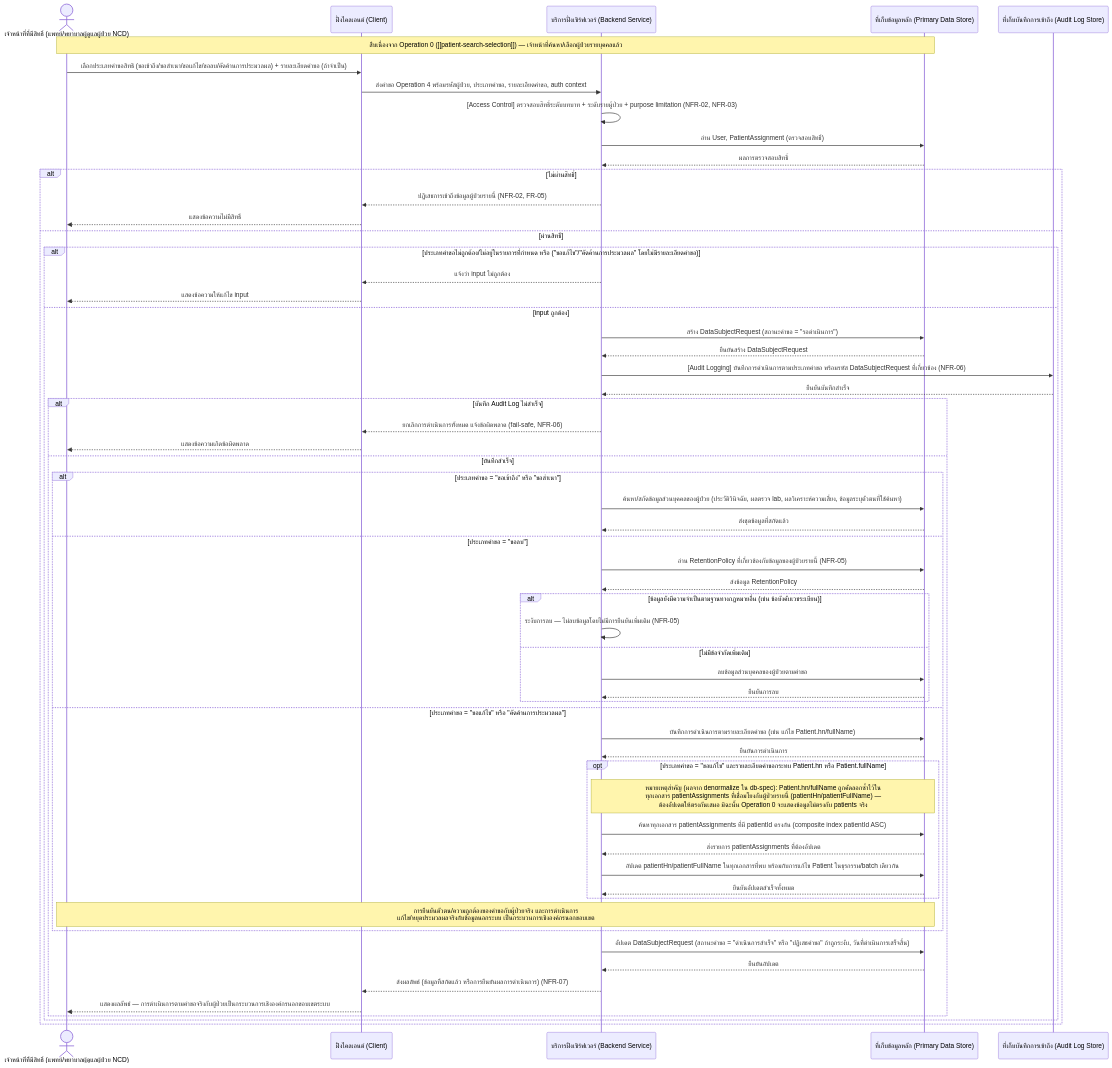
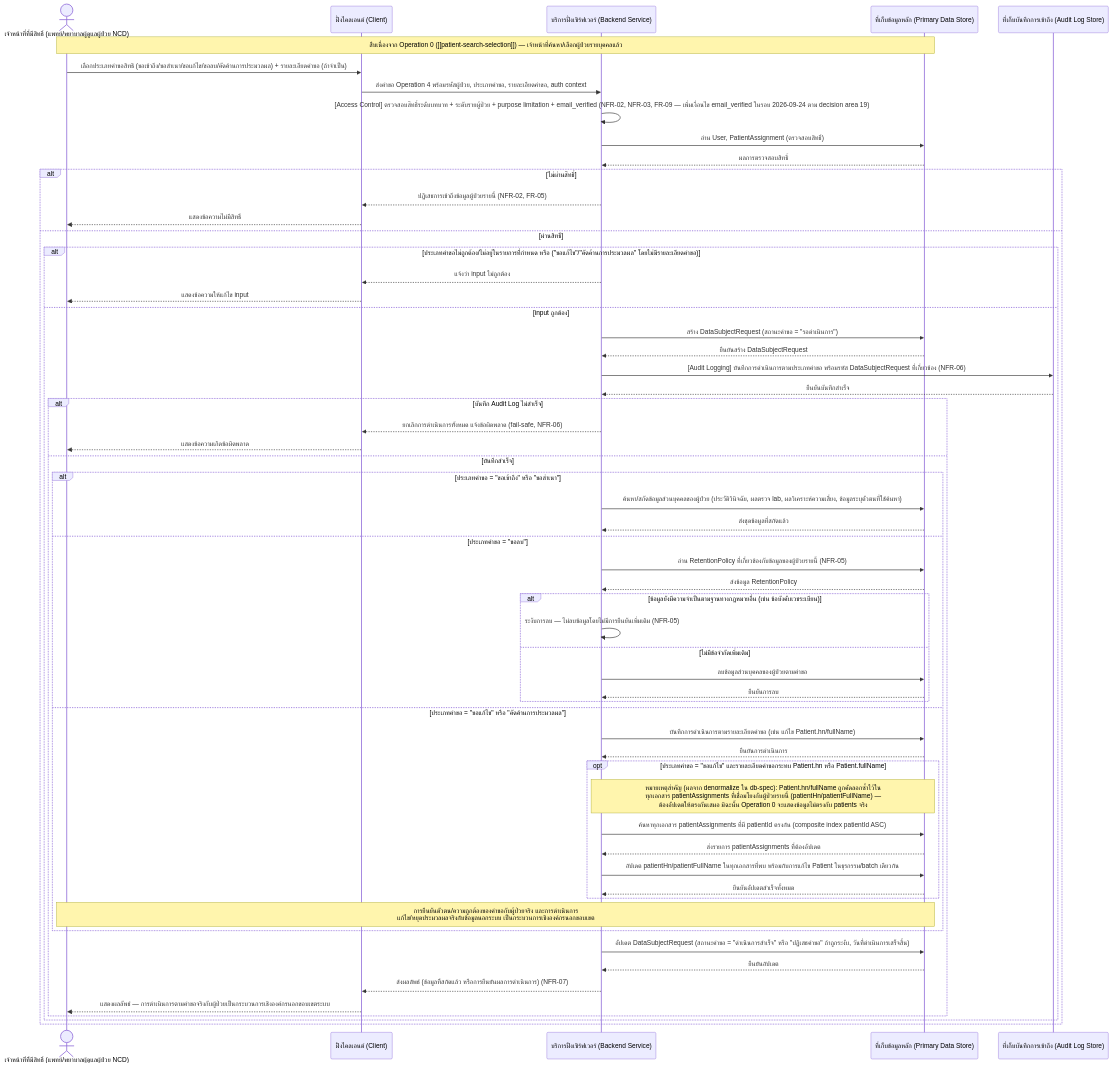
One commit to fadtypat/track-ncds changed the first of 4 diagrams in docs/02-design/02-technical/detailed-design/pdpa-data-protection-compliance.md. Above: the diagram before and after it, drawn with Mermaid. The commit also changed other lines of this file and 41 other files, not shown here.

````diff
--- a/docs/02-design/02-technical/detailed-design/pdpa-data-protection-compliance.md
+++ b/docs/02-design/02-technical/detailed-design/pdpa-data-protection-compliance.md
@@ -48,63 +54,63 @@
 ```mermaid
 sequenceDiagram
     actor Staff as เจ้าหน้าที่ที่มีสิทธิ์ (แพทย์/พยาบาลผู้ดูแลผู้ป่วย NCD)
     participant Client as ฝั่งไคลเอนต์ (Client)
     participant Backend as บริการฝั่งเซิร์ฟเวอร์ (Backend Service)
     participant Store as ที่เก็บข้อมูลหลัก (Primary Data Store)
     participant AuditStore as ที่เก็บบันทึกการเข้าถึง (Audit Log Store)
 
     Note over Staff,Store: สืบเนื่องจาก Operation 0 ([[patient-search-selection]]) — เจ้าหน้าที่ค้นหา/เลือกผู้ป่วยรายบุคคลแล้ว
 
     Staff->>Client: เลือกประเภทคำขอสิทธิ (ขอเข้าถึง/ขอสำเนา/ขอแก้ไข/ขอลบ/คัดค้านการประมวลผล) + รายละเอียดคำขอ (ถ้าจำเป็น)
     Client->>Backend: ส่งคำขอ Operation 4 พร้อมรหัสผู้ป่วย, ประเภทคำขอ, รายละเอียดคำขอ, auth context
-    Backend->>Backend: [Access Control] ตรวจสอบสิทธิ์ระดับบทบาท + ระดับรายผู้ป่วย + purpose limitation (NFR-02, NFR-03)
+    Backend->>Backend: [Access Control] ตรวจสอบสิทธิ์ระดับบทบาท + ระดับรายผู้ป่วย + purpose limitation + email_verified (NFR-02, NFR-03, FR-09 — เพิ่มเงื่อนไข email_verified ในรอบ 2026-09-24 ตาม decision area 19)
     Backend->>Store: อ่าน User, PatientAssignment (ตรวจสอบสิทธิ์)
     Store-->>Backend: ผลการตรวจสอบสิทธิ์
     alt ไม่ผ่านสิทธิ์
         Backend-->>Client: ปฏิเสธการเข้าถึงข้อมูลผู้ป่วยรายนี้ (NFR-02, FR-05)
         Client-->>Staff: แสดงข้อความไม่มีสิทธิ์
     else ผ่านสิทธิ์
         alt ประเภทคำขอไม่ถูกต้อง/ไม่อยู่ในรายการที่กำหนด หรือ ("ขอแก้ไข"/"คัดค้านการประมวลผล" โดยไม่มีรายละเอียดคำขอ)
             Backend-->>Client: แจ้งว่า input ไม่ถูกต้อง
             Client-->>Staff: แสดงข้อความให้แก้ไข input
         else input ถูกต้อง
             Backend->>Store: สร้าง DataSubjectRequest (สถานะคำขอ = "รอดำเนินการ")
             Store-->>Backend: ยืนยันสร้าง DataSubjectRequest
             Backend->>AuditStore: [Audit Logging] บันทึกการดำเนินการตามประเภทคำขอ พร้อมรหัส DataSubjectRequest ที่เกี่ยวข้อง (NFR-06)
             AuditStore-->>Backend: ยืนยันบันทึกสำเร็จ
             alt บันทึก Audit Log ไม่สำเร็จ
                 Backend-->>Client: ยกเลิกการดำเนินการทั้งหมด แจ้งข้อผิดพลาด (fail-safe, NFR-06)
                 Client-->>Staff: แสดงข้อความเกิดข้อผิดพลาด
             else บันทึกสำเร็จ
                 alt ประเภทคำขอ = "ขอเข้าถึง" หรือ "ขอสำเนา"
                     Backend->>Store: ค้นหา/สกัดข้อมูลส่วนบุคคลของผู้ป่วย (ประวัติวินิจฉัย, ผลตรวจ lab, ผลวิเคราะห์ความเสี่ยง, ข้อมูลระบุตัวตนที่ใช้ค้นหา)
                     Store-->>Backend: ส่งชุดข้อมูลที่สกัดแล้ว
                 else ประเภทคำขอ = "ขอลบ"
                     Backend->>Store: อ่าน RetentionPolicy ที่เกี่ยวข้องกับข้อมูลของผู้ป่วยรายนี้ (NFR-05)
                     Store-->>Backend: ส่งข้อมูล RetentionPolicy
                     alt ข้อมูลยังมีความจำเป็นตามฐานทางกฎหมายอื่น (เช่น ข้อบังคับเวชระเบียน)
                         Backend->>Backend: ระงับการลบ — ไม่ลบข้อมูลโดยไม่มีการยืนยันเพิ่มเติม (NFR-05)
                     else ไม่มีข้อจำกัดเพิ่มเติม
                         Backend->>Store: ลบข้อมูลส่วนบุคคลของผู้ป่วยตามคำขอ
                         Store-->>Backend: ยืนยันการลบ
                     end
                 else ประเภทคำขอ = "ขอแก้ไข" หรือ "คัดค้านการประมวลผล"
                     Backend->>Store: บันทึกการดำเนินการตามรายละเอียดคำขอ (เช่น แก้ไข Patient.hn/fullName)
                     Store-->>Backend: ยืนยันการดำเนินการ
                     opt ประเภทคำขอ = "ขอแก้ไข" และรายละเอียดคำขอกระทบ Patient.hn หรือ Patient.fullName
                         Note over Backend,Store: หมายเหตุสำคัญ (ผลจาก denormalize ใน db-spec): Patient.hn/fullName ถูกคัดลอกซ้ำไว้ใน<br/>ทุกเอกสาร patientAssignments ที่เชื่อมโยงกับผู้ป่วยรายนี้ (patientHn/patientFullName) —<br/>ต้องอัปเดตให้ตรงกันเสมอ มิฉะนั้น Operation 0 จะแสดงข้อมูลไม่ตรงกับ patients จริง
                         Backend->>Store: ค้นหาทุกเอกสาร patientAssignments ที่มี patientId ตรงกัน (composite index patientId ASC)
                         Store-->>Backend: ส่งรายการ patientAssignments ที่ต้องอัปเดต
                         Backend->>Store: อัปเดต patientHn/patientFullName ในทุกเอกสารที่พบ พร้อมกับการแก้ไข Patient ในธุรกรรม/batch เดียวกัน
                         Store-->>Backend: ยืนยันอัปเดตสำเร็จทั้งหมด
                     end
                     Note over Staff,Store: การยืนยันตัวตน/ความถูกต้องของคำขอกับผู้ป่วยจริง และการดำเนินการ<br/>แก้ไข/หยุดประมวลผลจริงกับข้อมูลนอกระบบ เป็นกระบวนการเชิงองค์กรนอกขอบเขต
                 end
                 Backend->>Store: อัปเดต DataSubjectRequest (สถานะคำขอ = "ดำเนินการสำเร็จ" หรือ "ปฏิเสธคำขอ" ถ้าถูกระงับ, วันที่ดำเนินการเสร็จสิ้น)
                 Store-->>Backend: ยืนยันอัปเดต
                 Backend-->>Client: ส่งผลลัพธ์ (ข้อมูลที่สกัดแล้ว หรือการยืนยันผลการดำเนินการ) (NFR-07)
                 Client-->>Staff: แสดงผลลัพธ์ — การดำเนินการตามคำขอจริงกับผู้ป่วยเป็นกระบวนการเชิงองค์กรนอกขอบเขตระบบ
             end
         end
     end
 ```
````
